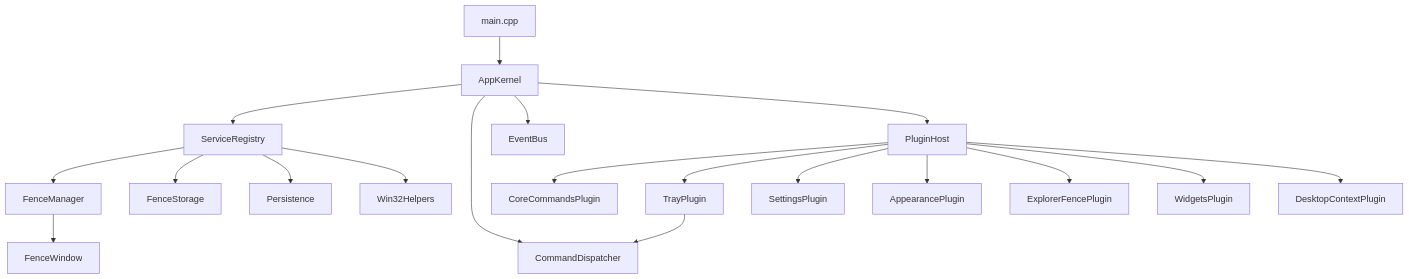
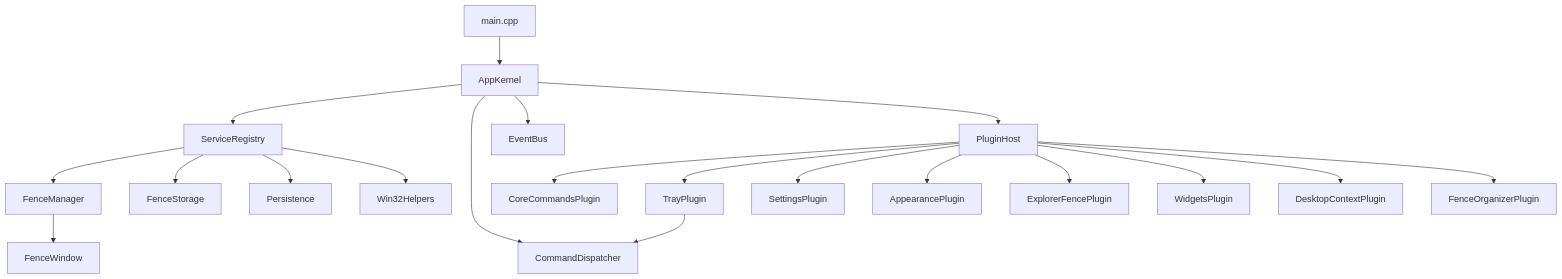
One commit to MrIvoe/Spaces changed the diagram in README.md. Above: the diagram before and after it, drawn with Mermaid. The commit also changed other lines of this file and 223 other files, not shown here.

````diff
--- a/README.md
+++ b/README.md
@@ -216,24 +221,25 @@
 ```mermaid
 flowchart TD
     A[main.cpp] --> B[AppKernel]
     B --> C[ServiceRegistry]
     B --> D[CommandDispatcher]
     B --> E[EventBus]
     B --> F[PluginHost]
 
     C --> G[FenceManager]
     C --> H[FenceStorage]
     C --> I[Persistence]
     C --> J[Win32Helpers]
 
     F --> K[CoreCommandsPlugin]
     F --> L[TrayPlugin]
     F --> M[SettingsPlugin]
     F --> N[AppearancePlugin]
     F --> O[ExplorerFencePlugin]
     F --> P[WidgetsPlugin]
     F --> Q[DesktopContextPlugin]
+    F --> S[FenceOrganizerPlugin]
 
     G --> R[FenceWindow]
     L --> D
 ```
````
